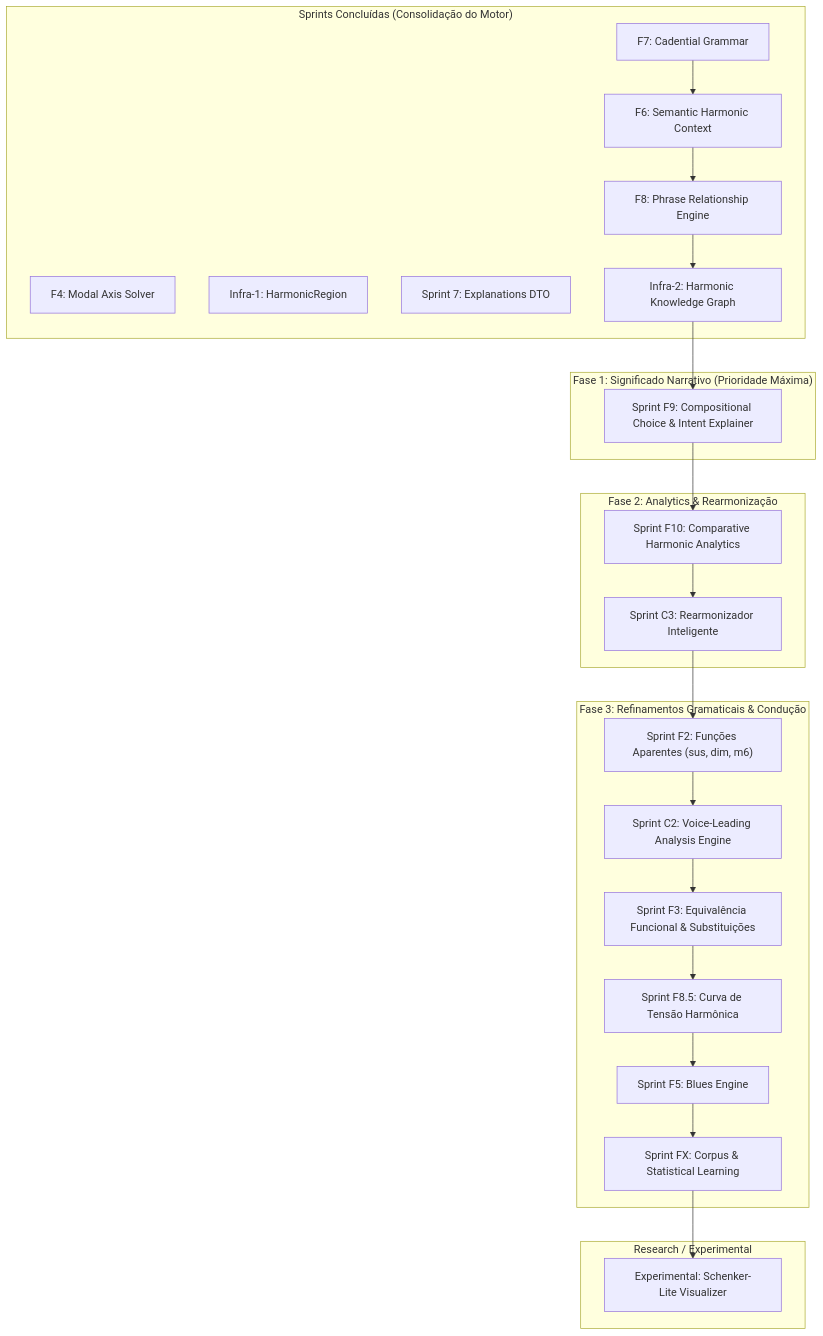
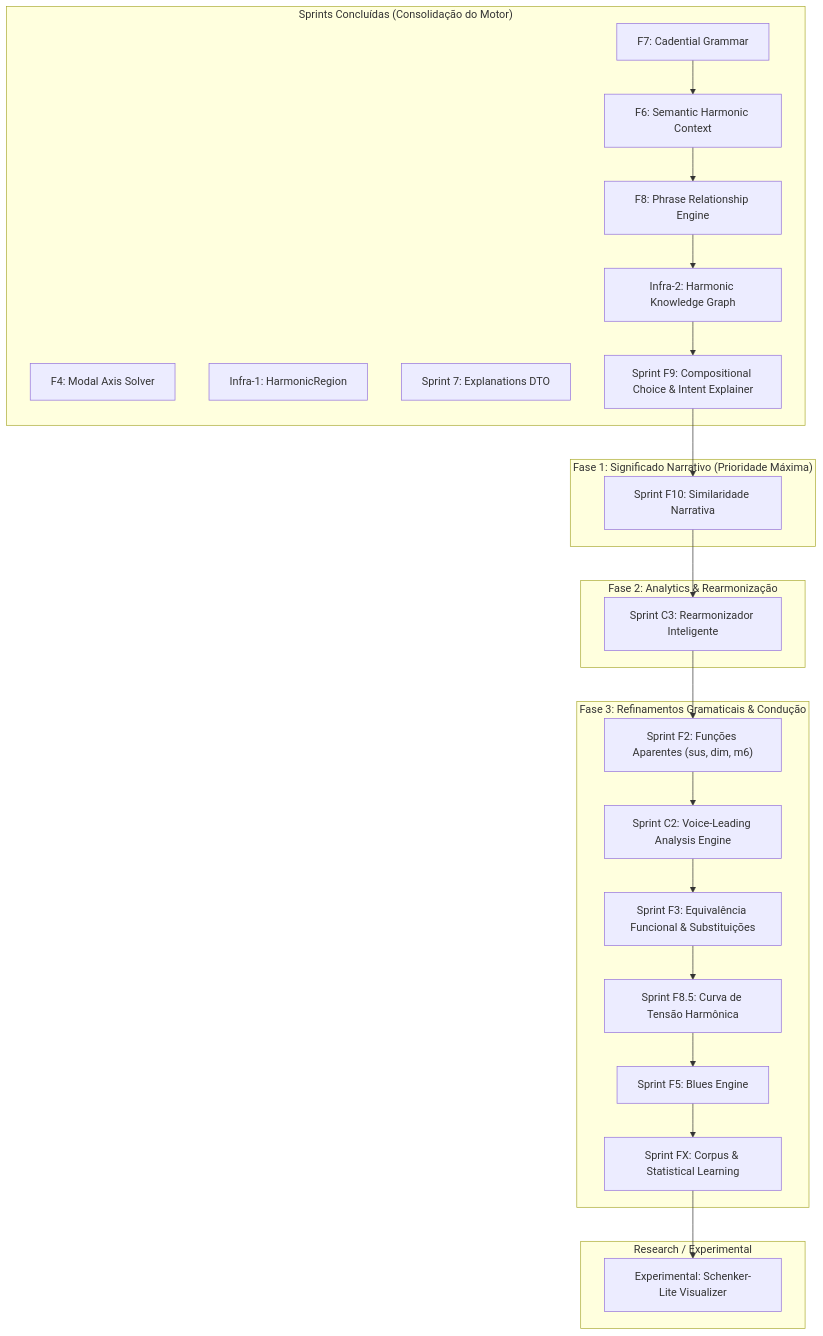
One commit to gustavoesteves/FindChord changed the diagram in sprints/future_sprints.md. Above: the diagram before and after it, drawn with Mermaid. The commit also changed other lines of this file, not shown here.

Commit message:
Update sprints/future_sprints.md to reflect Sprint F9 completion and F10 Narrative Similarity redesign

````diff
--- a/sprints/future_sprints.md
+++ b/sprints/future_sprints.md
@@ -36,48 +36,49 @@
 ```mermaid
 graph TD
     subgraph "Sprints Concluídas (Consolidação do Motor)"
         C4["F4: Modal Axis Solver"]
         CI1["Infra-1: HarmonicRegion"]
         CS7["Sprint 7: Explanations DTO"]
         CF7["F7: Cadential Grammar"]
         F6["F6: Semantic Harmonic Context"]
         F8["F8: Phrase Relationship Engine"]
         I2["Infra-2: Harmonic Knowledge Graph"]
+        F9["Sprint F9: Compositional Choice & Intent Explainer"]
     end
 
     subgraph "Fase 1: Significado Narrativo (Prioridade Máxima)"
-        F9["Sprint F9: Compositional Choice & Intent Explainer"]
+        F10["Sprint F10: Similaridade Narrativa"]
     end
     
     subgraph "Fase 2: Analytics & Rearmonização"
-        F10["Sprint F10: Comparative Harmonic Analytics"]
         C3["Sprint C3: Rearmonizador Inteligente"]
     end
+
 
     subgraph "Fase 3: Refinamentos Gramaticais & Condução"
         F2["Sprint F2: Funções Aparentes (sus, dim, m6)"]
         C2["Sprint C2: Voice-Leading Analysis Engine"]
         F3["Sprint F3: Equivalência Funcional & Substituições"]
         F8T["Sprint F8.5: Curva de Tensão Harmônica"]
         F5["Sprint F5: Blues Engine"]
         FX["Sprint FX: Corpus & Statistical Learning"]
     end
 
     subgraph "Research / Experimental"
         C1["Experimental: Schenker-Lite Visualizer"]
     end
 
     CF7 --> F6
     F6 --> F8
     F8 --> I2
     I2 --> F9
     F9 --> F10
     F10 --> C3
     C3 --> F2
     F2 --> C2
     C2 --> F3
     F3 --> F8T
     F8T --> F5
     F5 --> FX
     FX --> C1
 ```
````
